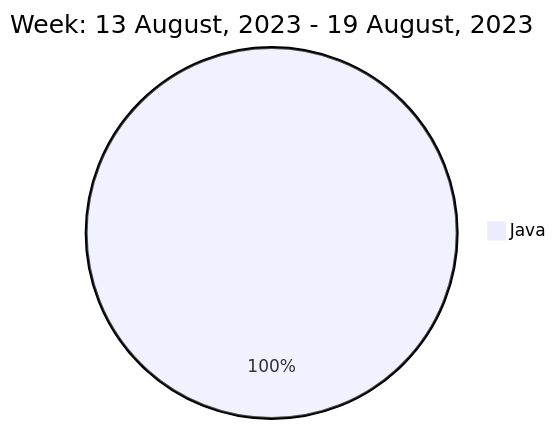
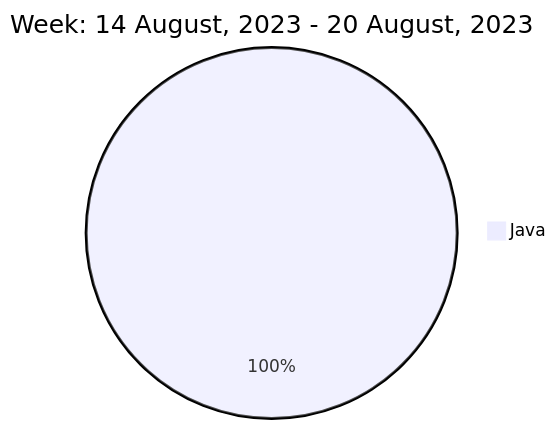
One commit to liubin95/liubin95 changed the diagram in README.md. Above: the diagram before and after it, drawn with Mermaid.

Commit message:
Updated the Graph with new Metrics

````diff
--- a/README.md
+++ b/README.md
@@ -40,5 +40,5 @@
 ```mermaid
  pie
-title Week: 13 August, 2023 - 19 August, 2023
+title Week: 14 August, 2023 - 20 August, 2023
  "Java" : 1.6
 ```
````
